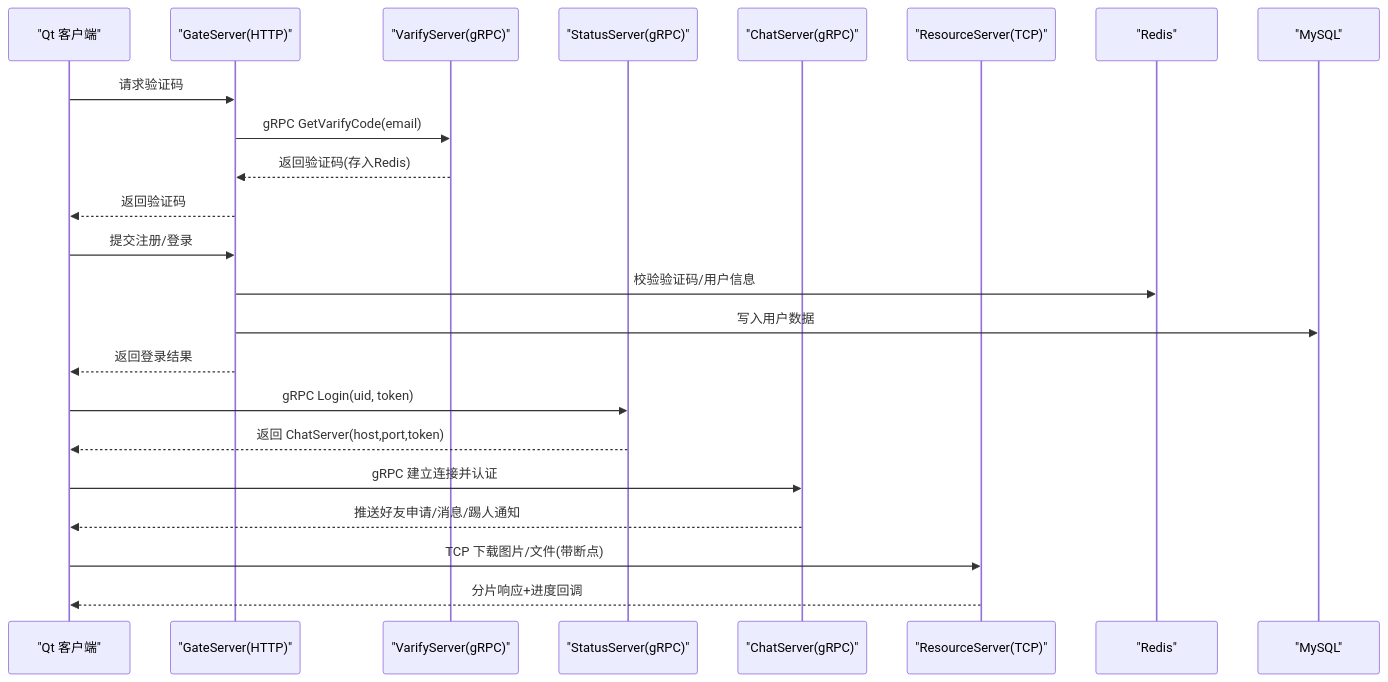
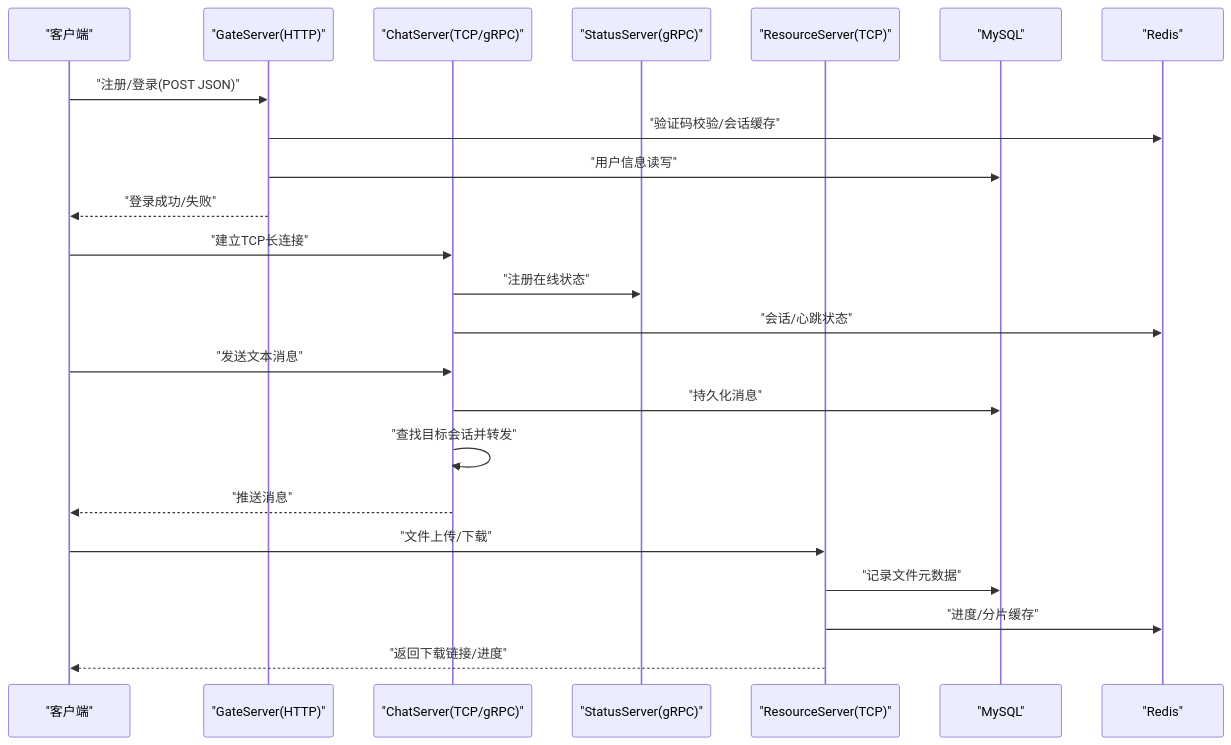
Before and after one commit to echo9923/mychatter: the second of 9 diagrams in .qoder/repowiki/zh/content/项目概述/项目概述.md, drawn with Mermaid. The commit also changed other lines of this file and 526 other files, not shown here.

````diff
--- a/.qoder/repowiki/zh/content/项目概述/项目概述.md
+++ b/.qoder/repowiki/zh/content/项目概述/项目概述.md
@@ -133,25 +114,25 @@
 ```mermaid
 sequenceDiagram
-participant Client as "Qt 客户端"
+participant Client as "客户端"
 participant Gate as "GateServer(HTTP)"
-participant Verify as "VarifyServer(gRPC)"
+participant Chat as "ChatServer(TCP/gRPC)"
 participant Status as "StatusServer(gRPC)"
-participant Chat as "ChatServer(gRPC)"
 participant Res as "ResourceServer(TCP)"
-participant Redis as "Redis"
-participant MySQL as "MySQL"
-Client->>Gate : 请求验证码
-Gate->>Verify : gRPC GetVarifyCode(email)
-Verify-->>Gate : 返回验证码(存入Redis)
-Gate-->>Client : 返回验证码
-Client->>Gate : 提交注册/登录
-Gate->>Redis : 校验验证码/用户信息
-Gate->>MySQL : 写入用户数据
-Gate-->>Client : 返回登录结果
-Client->>Status : gRPC Login(uid, token)
-Status-->>Client : 返回 ChatServer(host,port,token)
-Client->>Chat : gRPC 建立连接并认证
-Chat-->>Client : 推送好友申请/消息/踢人通知
-Client->>Res : TCP 下载图片/文件(带断点)
-Res-->>Client : 分片响应+进度回调
+participant DB as "MySQL"
+participant Cache as "Redis"
+Client->>Gate : "注册/登录(POST JSON)"
+Gate->>Cache : "验证码校验/会话缓存"
+Gate->>DB : "用户信息读写"
+Gate-->>Client : "登录成功/失败"
+Client->>Chat : "建立TCP长连接"
+Chat->>Status : "注册在线状态"
+Chat->>Cache : "会话/心跳状态"
+Client->>Chat : "发送文本消息"
+Chat->>DB : "持久化消息"
+Chat->>Chat : "查找目标会话并转发"
+Chat-->>Client : "推送消息"
+Client->>Res : "文件上传/下载"
+Res->>DB : "记录文件元数据"
+Res->>Cache : "进度/分片缓存"
+Res-->>Client : "返回下载链接/进度"
 ```
````
